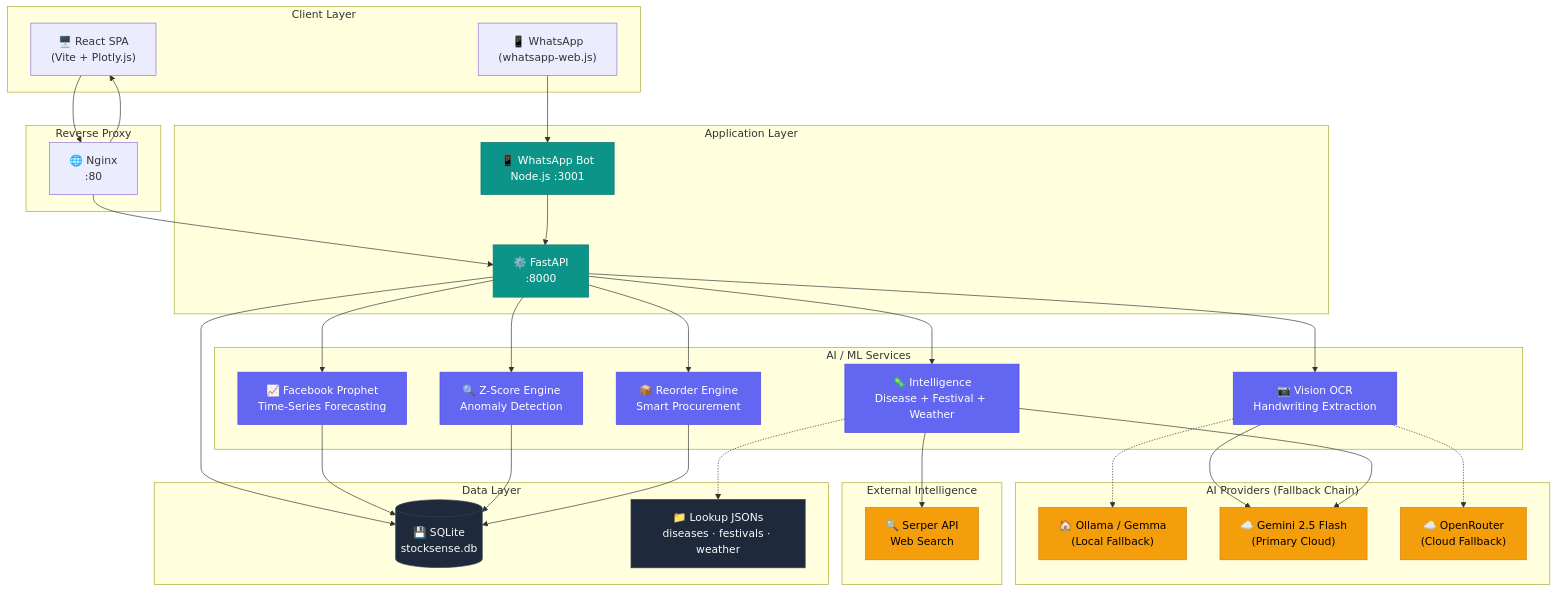
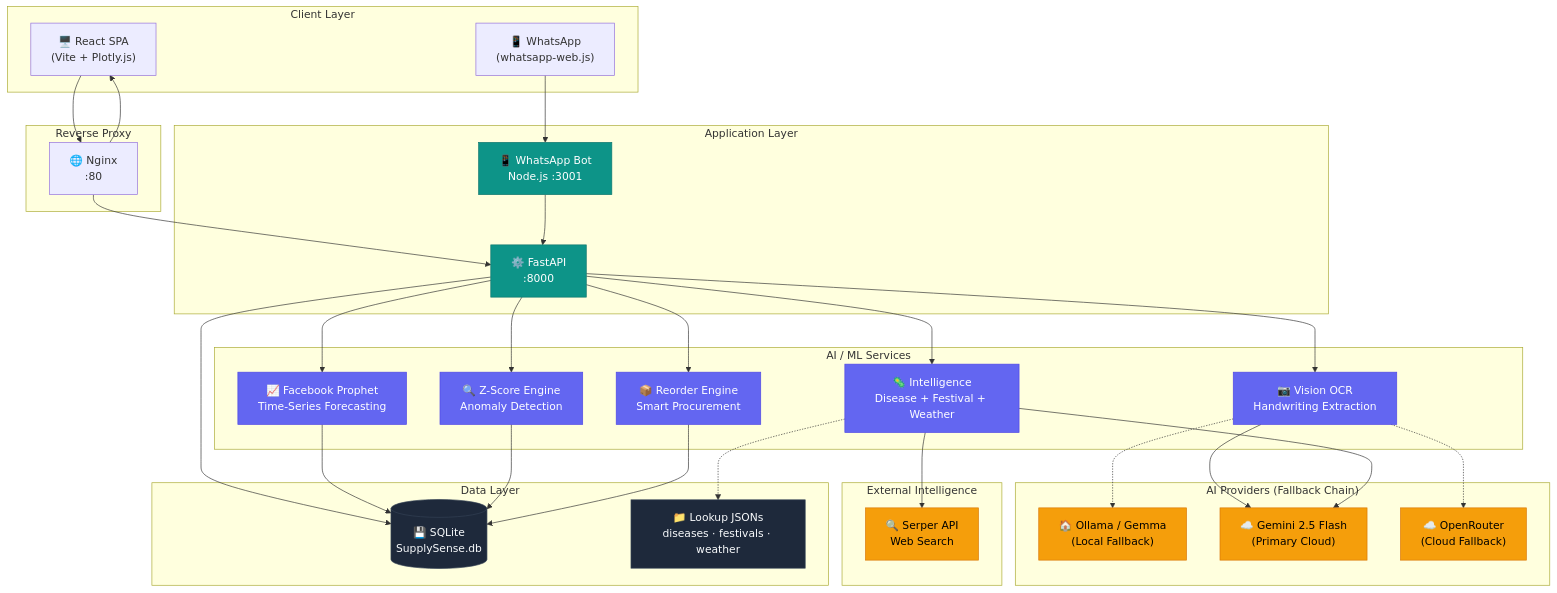
Before and after one commit to Arnav1709/natwest-cfp: the first of 4 diagrams in README.md, drawn with Mermaid. The commit also changed other lines of this file and 51 other files, not shown here.

````diff
--- a/README.md
+++ b/README.md
@@ -401,71 +401,71 @@
 ```mermaid
 graph TB
     subgraph "Client Layer"
         WEB["🖥️ React SPA<br/>(Vite + Plotly.js)"]
         WA["📱 WhatsApp<br/>(whatsapp-web.js)"]
     end
 
     subgraph "Reverse Proxy"
         NGX["🌐 Nginx<br/>:80"]
     end
 
     subgraph "Application Layer"
         API["⚙️ FastAPI<br/>:8000"]
         BOT["📱 WhatsApp Bot<br/>Node.js :3001"]
     end
 
     subgraph "AI / ML Services"
         PROPHET["📈 Facebook Prophet<br/>Time-Series Forecasting"]
         ANOMALY["🔍 Z-Score Engine<br/>Anomaly Detection"]
         OCR["📷 Vision OCR<br/>Handwriting Extraction"]
         INTEL["🦠 Intelligence<br/>Disease + Festival + Weather"]
         REORDER["📦 Reorder Engine<br/>Smart Procurement"]
     end
 
     subgraph "AI Providers (Fallback Chain)"
         OLLAMA["🏠 Ollama / Gemma<br/>(Local Fallback)"]
         GEMINI["☁️ Gemini 2.5 Flash<br/>(Primary Cloud)"]
         OPENROUTER["☁️ OpenRouter<br/>(Cloud Fallback)"]
     end
 
     subgraph "External Intelligence"
         SERPER["🔍 Serper API<br/>Web Search"]
     end
 
     subgraph "Data Layer"
-        DB[("💾 SQLite<br/>stocksense.db")]
+        DB[("💾 SQLite<br/>SupplySense.db")]
         LOOKUP["📁 Lookup JSONs<br/>diseases · festivals · weather"]
     end
 
     WEB --> NGX --> API
     WA --> BOT --> API
     NGX --> WEB
 
     API --> PROPHET
     API --> ANOMALY
     API --> OCR
     API --> INTEL
     API --> REORDER
     API --> DB
 
     OCR --> GEMINI
     INTEL --> SERPER
     INTEL --> GEMINI
     OCR -.-> OLLAMA
     OCR -.-> OPENROUTER
     INTEL -.-> LOOKUP
 
     PROPHET --> DB
     ANOMALY --> DB
     REORDER --> DB
 
     classDef primary fill:#0D9488,stroke:#0F766E,color:#fff
     classDef ai fill:#6366F1,stroke:#4F46E5,color:#fff
     classDef external fill:#F59E0B,stroke:#D97706,color:#000
     classDef data fill:#1E293B,stroke:#334155,color:#F8FAFC
 
     class API,BOT primary
     class PROPHET,ANOMALY,OCR,INTEL,REORDER ai
     class GEMINI,OLLAMA,OPENROUTER,SERPER external
     class DB,LOOKUP data
 ```
````
